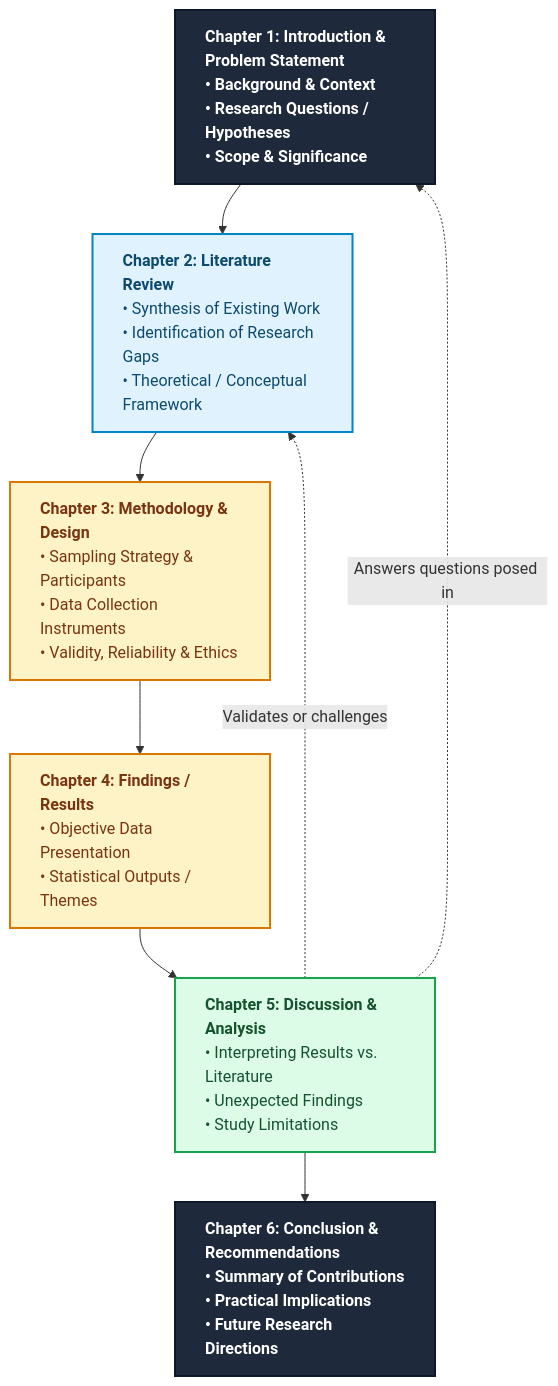
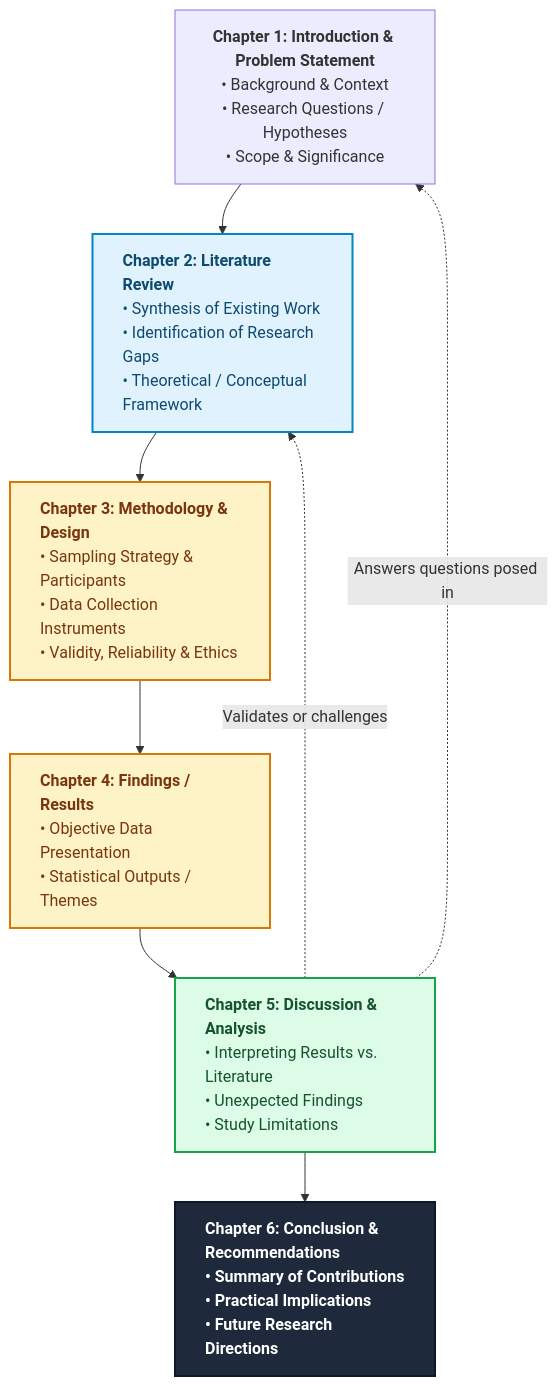
The diagram in Research_Design V2.md (Merceline10/My-First_Ever), drawn with Mermaid before and after one commit.

Commit message:
Align Chapter 1 text to center
Updated text alignment for Chapter 1 in the research design document.

````diff
--- a/Research_Design V2.md
+++ b/Research_Design V2.md
@@ -2,18 +2,18 @@
 ```mermaid
 flowchart TD
     classDef startend fill:#1e293b,stroke:#0f172a,stroke-width:2px,color:#ffffff,font-weight:bold,text-align:left
     classDef setup fill:#e0f2fe,stroke:#0284c7,stroke-width:2px,color:#0c4a6e,text-align:left
     classDef execution fill:#fef3c7,stroke:#d97706,stroke-width:2px,color:#78350f,text-align:left
     classDef synthesis fill:#dcfce7,stroke:#16a34a,stroke-width:2px,color:#14532d,text-align:left
 
-    Ch1["<b>Chapter 1: Introduction & Problem Statement</b><br/>• Background & Context<br/>• Research Questions / Hypotheses<br/>• Scope & Significance"]:::startend
+    Ch1["<b>Chapter 1: Introduction & Problem Statement</b><br/>• Background & Context<br/>• Research Questions / Hypotheses<br/>• Scope & Significance"]:::startend,text-align:center
     Ch2["<b>Chapter 2: Literature Review</b><br/>• Synthesis of Existing Work<br/>• Identification of Research Gaps<br/>• Theoretical / Conceptual Framework"]:::setup
     Ch3["<b>Chapter 3: Methodology & Design</b><br/>• Sampling Strategy & Participants<br/>• Data Collection Instruments<br/>• Validity, Reliability & Ethics"]:::execution
     Ch4["<b>Chapter 4: Findings / Results</b><br/>• Objective Data Presentation<br/>• Statistical Outputs / Themes"]:::execution
     Ch5["<b>Chapter 5: Discussion & Analysis</b><br/>• Interpreting Results vs. Literature<br/>• Unexpected Findings<br/>• Study Limitations"]:::synthesis
     Ch6["<b>Chapter 6: Conclusion & Recommendations</b><br/>• Summary of Contributions<br/>• Practical Implications<br/>• Future Research Directions"]:::startend
 
     Ch1 --> Ch2 --> Ch3 --> Ch4 --> Ch5 --> Ch6
     Ch5 -. "Answers questions posed in" .-> Ch1
     Ch5 -. "Validates or challenges" .-> Ch2
 ```
````
